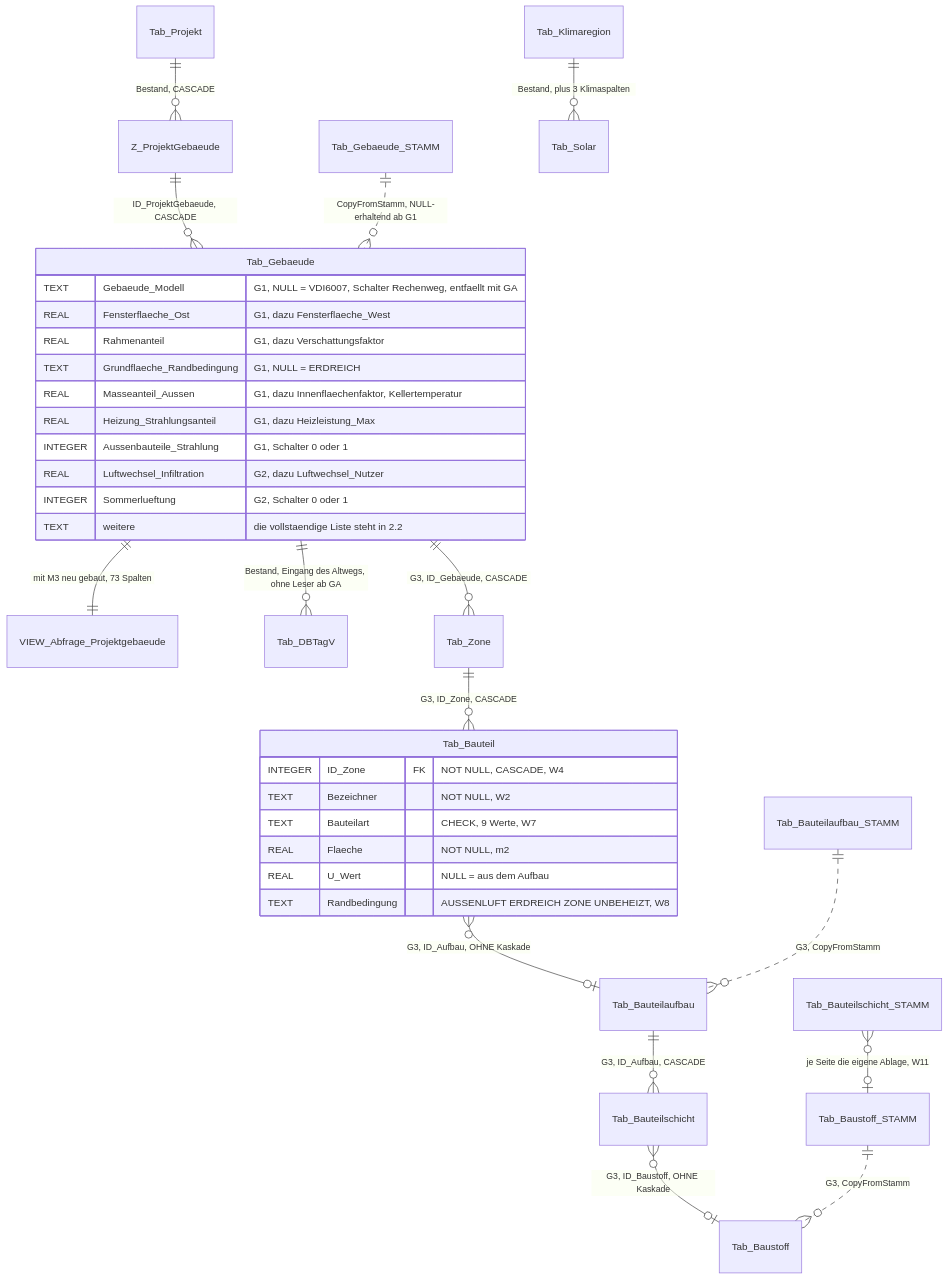
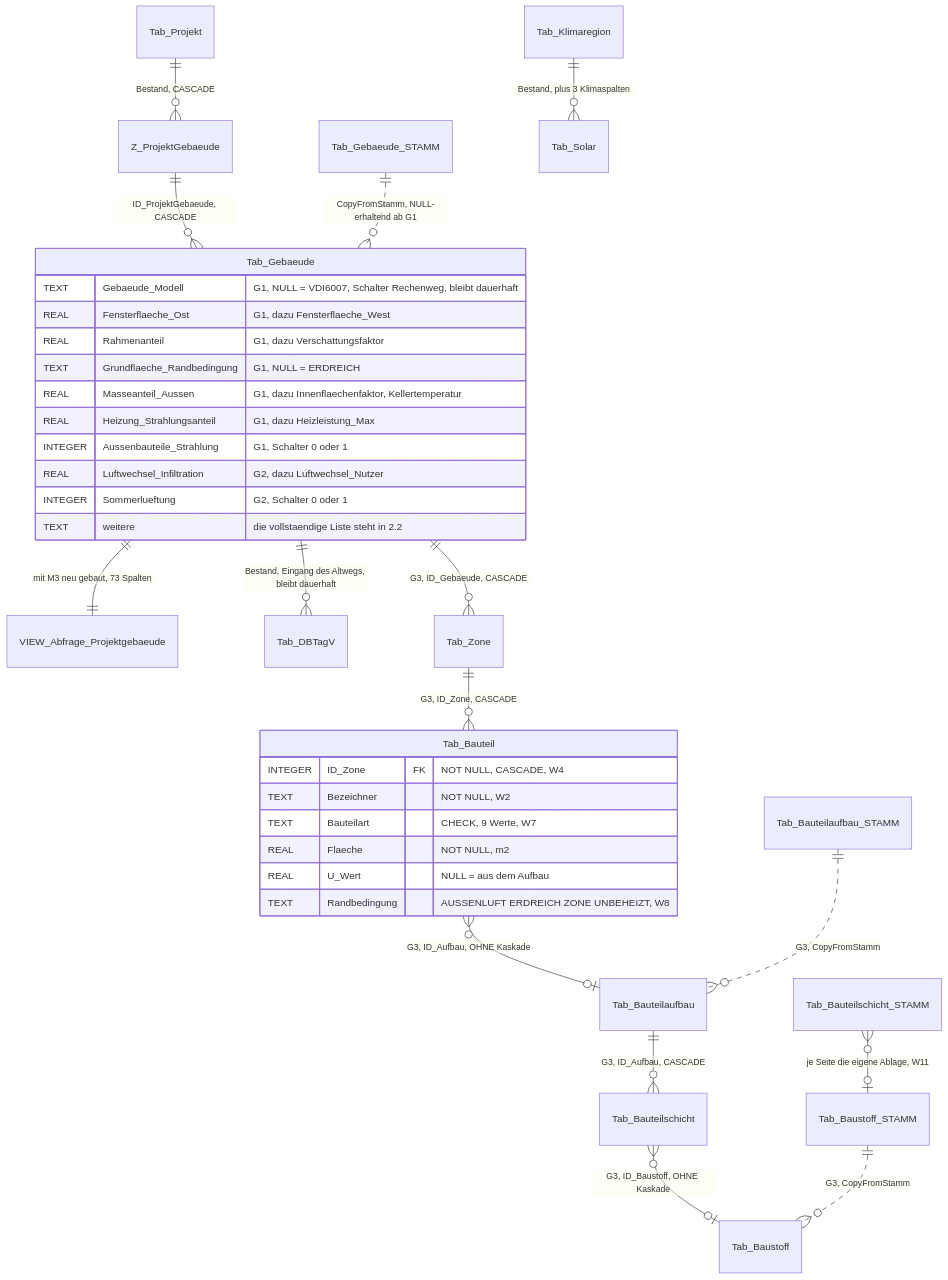
One commit to inekon/EPOS-Plan changed the fifth of 16 diagrams in Dokumentation/aktuell/Softwarearchitektur_Gebaeudesimulation_EPOS-Plan.md. Above: the diagram before and after it, drawn with Mermaid. The commit also changed other lines of this file and 14 other files, not shown here.

````diff
--- a/Dokumentation/aktuell/Softwarearchitektur_Gebaeudesimulation_EPOS-Plan.md
+++ b/Dokumentation/aktuell/Softwarearchitektur_Gebaeudesimulation_EPOS-Plan.md
@@ -639,37 +647,37 @@
 ```mermaid
 erDiagram
     Tab_Projekt ||--o{ Z_ProjektGebaeude : "Bestand, CASCADE"
     Z_ProjektGebaeude ||--o{ Tab_Gebaeude : "ID_ProjektGebaeude, CASCADE"
     Tab_Gebaeude_STAMM ||..o{ Tab_Gebaeude : "CopyFromStamm, NULL-erhaltend ab G1"
     Tab_Gebaeude ||--|| VIEW_Abfrage_Projektgebaeude : "mit M3 neu gebaut, 73 Spalten"
-    Tab_Gebaeude ||--o{ Tab_DBTagV : "Bestand, Eingang des Altwegs, ohne Leser ab GA"
+    Tab_Gebaeude ||--o{ Tab_DBTagV : "Bestand, Eingang des Altwegs, bleibt dauerhaft"
     Tab_Klimaregion ||--o{ Tab_Solar : "Bestand, plus 3 Klimaspalten"
     Tab_Gebaeude ||--o{ Tab_Zone : "G3, ID_Gebaeude, CASCADE"
     Tab_Zone ||--o{ Tab_Bauteil : "G3, ID_Zone, CASCADE"
     Tab_Bauteil }o--o| Tab_Bauteilaufbau : "G3, ID_Aufbau, OHNE Kaskade"
     Tab_Bauteilaufbau ||--o{ Tab_Bauteilschicht : "G3, ID_Aufbau, CASCADE"
     Tab_Bauteilschicht }o--o| Tab_Baustoff : "G3, ID_Baustoff, OHNE Kaskade"
     Tab_Baustoff_STAMM ||..o{ Tab_Baustoff : "G3, CopyFromStamm"
     Tab_Bauteilaufbau_STAMM ||..o{ Tab_Bauteilaufbau : "G3, CopyFromStamm"
     Tab_Bauteilschicht_STAMM }o--o| Tab_Baustoff_STAMM : "je Seite die eigene Ablage, W11"
     Tab_Gebaeude {
-        TEXT Gebaeude_Modell "G1, NULL = VDI6007, Schalter Rechenweg, entfaellt mit GA"
+        TEXT Gebaeude_Modell "G1, NULL = VDI6007, Schalter Rechenweg, bleibt dauerhaft"
         REAL Fensterflaeche_Ost "G1, dazu Fensterflaeche_West"
         REAL Rahmenanteil "G1, dazu Verschattungsfaktor"
         TEXT Grundflaeche_Randbedingung "G1, NULL = ERDREICH"
         REAL Masseanteil_Aussen "G1, dazu Innenflaechenfaktor, Kellertemperatur"
         REAL Heizung_Strahlungsanteil "G1, dazu Heizleistung_Max"
         INTEGER Aussenbauteile_Strahlung "G1, Schalter 0 oder 1"
         REAL Luftwechsel_Infiltration "G2, dazu Luftwechsel_Nutzer"
         INTEGER Sommerlueftung "G2, Schalter 0 oder 1"
         TEXT weitere "die vollstaendige Liste steht in 2.2"
     }
     Tab_Bauteil {
         INTEGER ID_Zone FK "NOT NULL, CASCADE, W4"
         TEXT Bezeichner "NOT NULL, W2"
         TEXT Bauteilart "CHECK, 9 Werte, W7"
         REAL Flaeche "NOT NULL, m2"
         REAL U_Wert "NULL = aus dem Aufbau"
         TEXT Randbedingung "AUSSENLUFT ERDREICH ZONE UNBEHEIZT, W8"
     }
 ```
````
